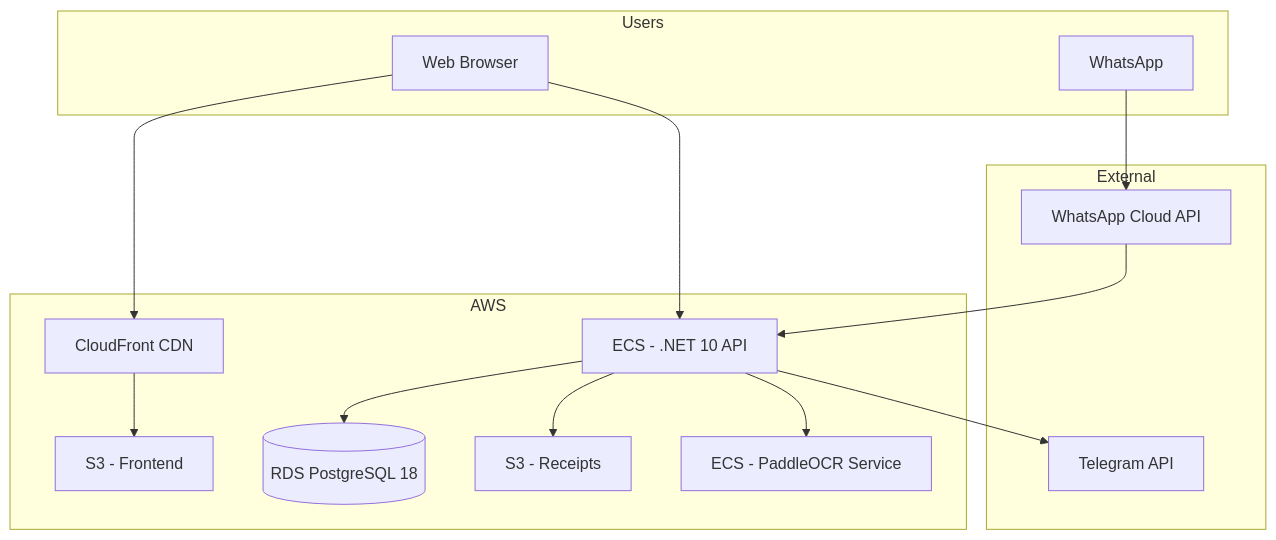
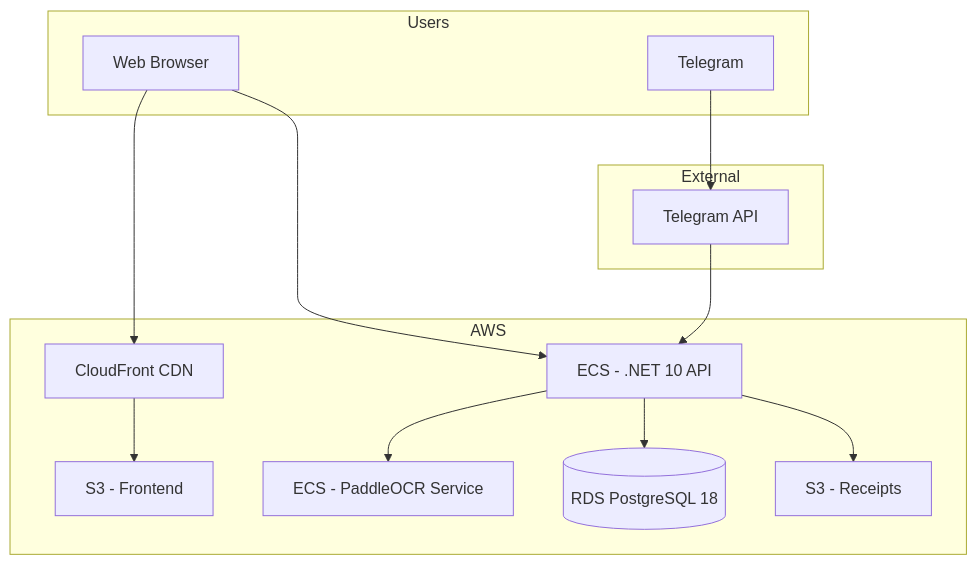
Diagram 15 of 15 in docs/nastart-complete-docs.md (ardyutama/nastart), drawn with Mermaid before and after one commit. The commit also changed other lines of this file and 38 other files, not shown here.

Commit message:
refactor: change from microservices to vertical slice architectures and refactor lessons to VSC architecture

````diff
--- a/docs/nastart-complete-docs.md
+++ b/docs/nastart-complete-docs.md
@@ -1083,29 +1147,27 @@
 ```mermaid
 flowchart TB
     subgraph Users
         U1[Web Browser]
-        U2[WhatsApp]
+        U2[Telegram]
     end
 
     subgraph AWS
         CF[CloudFront CDN]
         S3[S3 - Frontend]
         ECS[ECS - .NET 10 API]
         OCR[ECS - PaddleOCR Service]
         RDS[(RDS PostgreSQL 18)]
         S3R[S3 - Receipts]
     end
 
     subgraph External
-        WA[WhatsApp Cloud API]
         TG[Telegram API]
     end
 
     U1 --> CF --> S3
     U1 --> ECS
-    U2 --> WA --> ECS
+    U2 --> TG --> ECS
     ECS --> RDS
     ECS --> S3R
     ECS --> OCR
-    ECS --> TG
 ```
````
